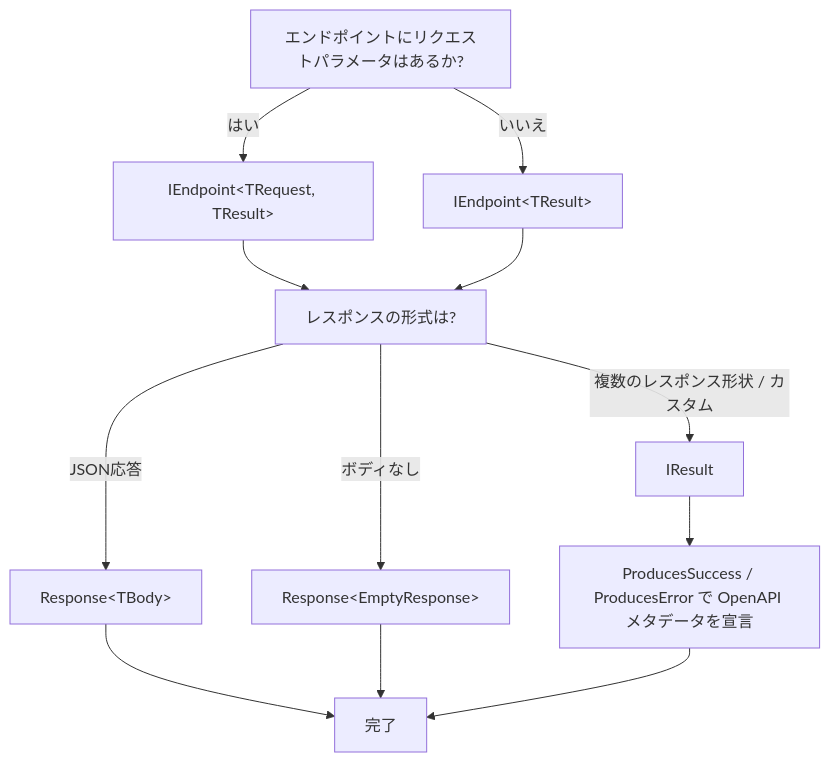
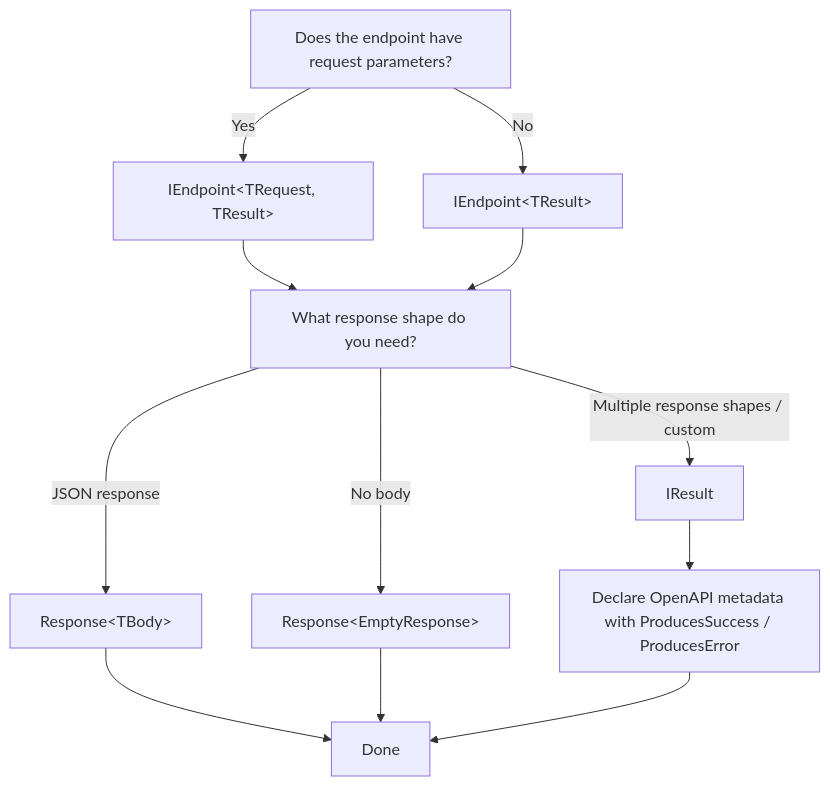
Before and after one commit to sheepla/AxisEndpoints: the first of 2 diagrams in docs/src/content/docs/guides/core-primitives.mdx, drawn with Mermaid. The commit also changed other lines of this file and 8 other files, not shown here.

````diff
--- a/docs/src/content/docs/guides/core-primitives.mdx
+++ b/docs/src/content/docs/guides/core-primitives.mdx
@@ -86,14 +86,14 @@
 ```mermaid
 flowchart TD
-    A["エンドポイントにリクエストパラメータはあるか?"] -->|"はい"| B["IEndpoint&lt;TRequest, TResult&gt;"]
-    A -->|"いいえ"| C["IEndpoint&lt;TResult&gt;"]
-    B --> D["レスポンスの形式は?"]
+    A["Does the endpoint have request parameters?"] -->|"Yes"| B["IEndpoint&lt;TRequest, TResult&gt;"]
+    A -->|"No"| C["IEndpoint&lt;TResult&gt;"]
+    B --> D["What response shape do you need?"]
     C --> D
-    D -->|"JSON応答"| E["Response&lt;TBody&gt;"]
-    D -->|"ボディなし"| F["Response&lt;EmptyResponse&gt;"]
-    D -->|"複数のレスポンス形状 / カスタム"| G["IResult"]
-    E --> H["完了"]
+    D -->|"JSON response"| E["Response&lt;TBody&gt;"]
+    D -->|"No body"| F["Response&lt;EmptyResponse&gt;"]
+    D -->|"Multiple response shapes / custom"| G["IResult"]
+    E --> H["Done"]
     F --> H
-    G --> I["ProducesSuccess / ProducesError で OpenAPI メタデータを宣言"]
+    G --> I["Declare OpenAPI metadata with ProducesSuccess / ProducesError"]
     I --> H
 ```
````
